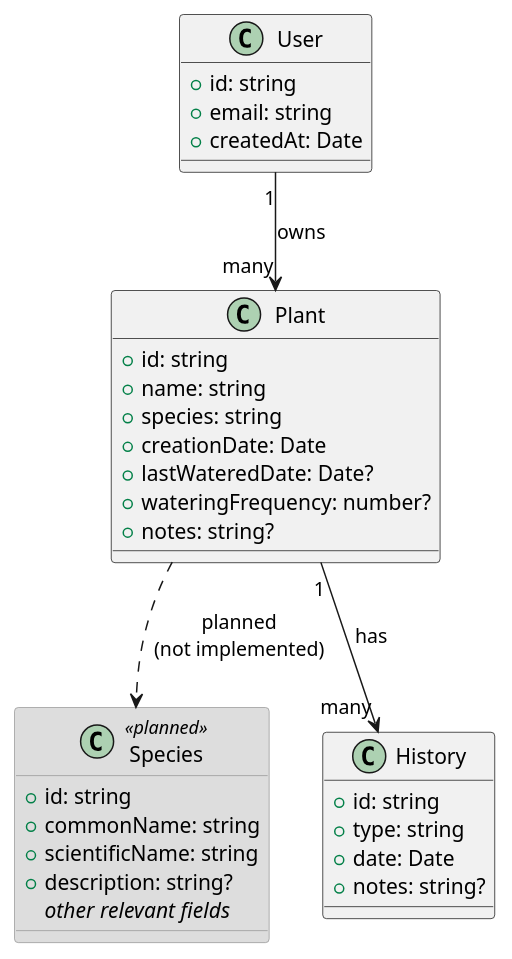
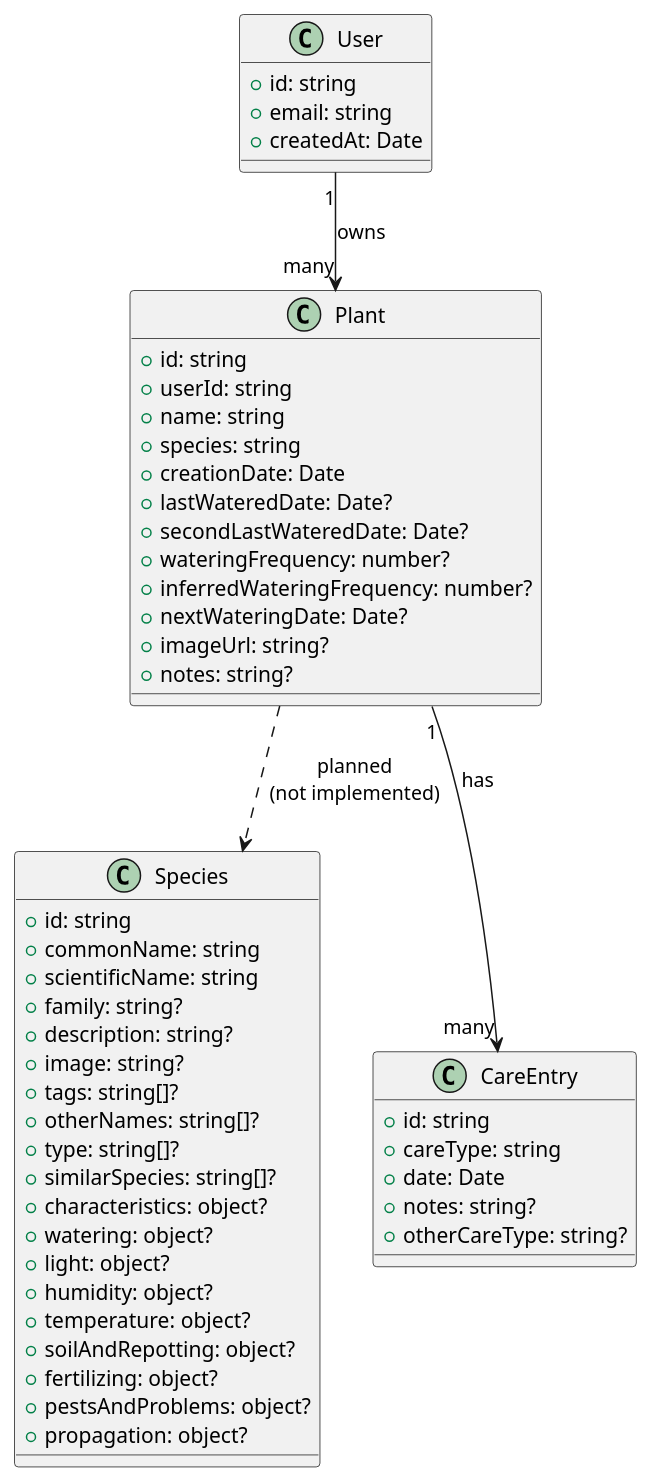
The diagram in docs/database/erd.plantuml (Michela-M/the-plant-project), drawn with PlantUML before and after one commit. The commit also changed 5 other files, not shown here.

Commit message:
Update data model: refine Plant and Species entities, add CareEntry model, and enhance documentation

```diff
--- a/docs/database/erd.plantuml
+++ b/docs/database/erd.plantuml
@@ -1,56 +1,76 @@
 @startuml name ERD
 
 ' ============================
 ' ENTITIES
 ' ============================
 
 skinparam class {
   BackgroundColor<<planned>> #DDDDDD
   BorderColor<<planned>> #999999
 }
 
 class User {
   +id: string
   +email: string
   +createdAt: Date
 }
 
 class Plant {
   +id: string
+  +userId: string
   +name: string
   +species: string
   +creationDate: Date
   +lastWateredDate: Date?
+  +secondLastWateredDate: Date?
   +wateringFrequency: number?
+  +inferredWateringFrequency: number?
+  +nextWateringDate: Date?
+  +imageUrl: string?
   +notes: string?
 }
 
-class Species <<planned>> {
+class Species {
   +id: string
   +commonName: string
   +scientificName: string
+  +family: string?
   +description: string?
-  //other relevant fields//
+  +image: string?
+  +tags: string[]?
+  +otherNames: string[]?
+  +type: string[]?
+  +similarSpecies: string[]?
+  +characteristics: object?
+  +watering: object?
+  +light: object?
+  +humidity: object?
+  +temperature: object?
+  +soilAndRepotting: object?
+  +fertilizing: object?
+  +pestsAndProblems: object?
+  +propagation: object?
 }
 
-class History {
+class CareEntry {
   +id: string
-  +type: string
+  +careType: string
   +date: Date
   +notes: string?
+  +otherCareType: string?
 }
 
 ' ============================
 ' RELATIONSHIPS (CURRENT)
 ' ============================
 
 User "1" --> "many" Plant : owns
-Plant "1" --> "many" History : has
+Plant "1" --> "many" CareEntry : has
 
 ' ============================
 ' FUTURE RELATIONSHIPS (PLANNED)
 ' ============================
 
 Plant ..> Species : planned\n(not implemented)
 
 @enduml
```
